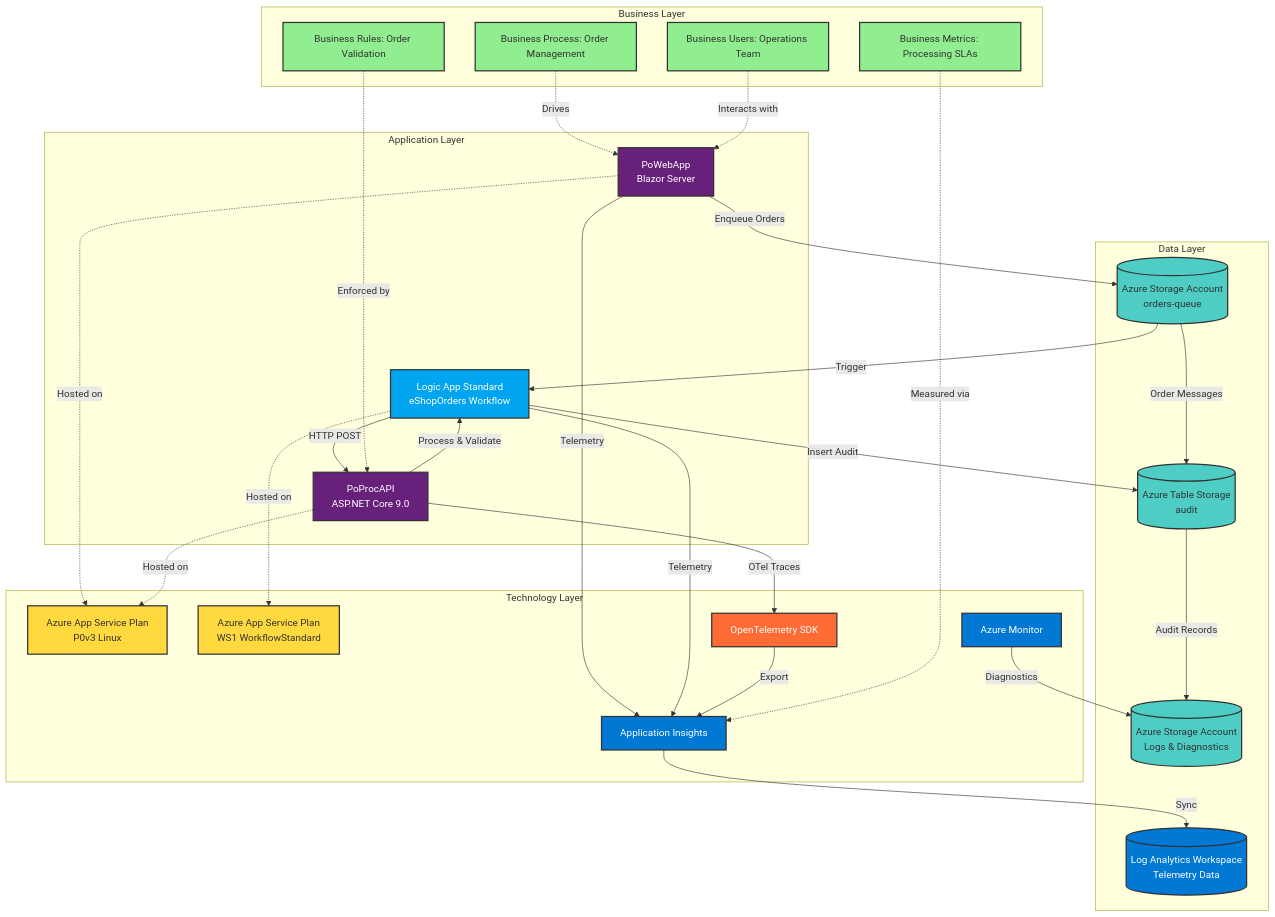
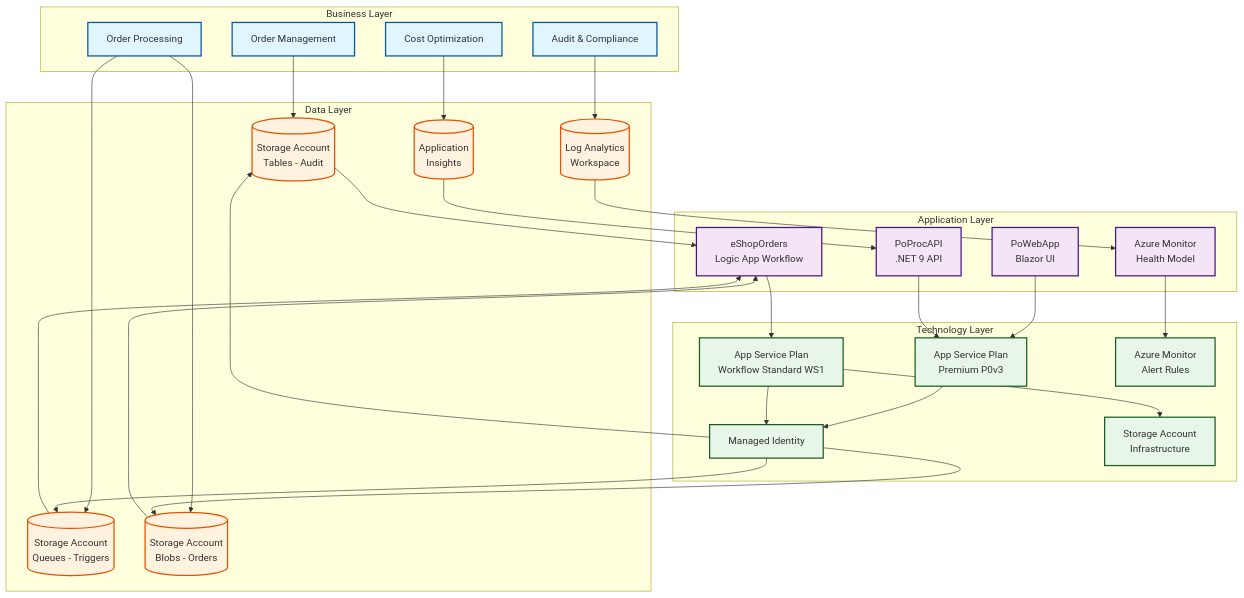
One commit to Evilazaro/Azure-LogicApps-Monitoring changed the first of 4 diagrams in README.md. Above: the diagram before and after it, drawn with Mermaid. The commit also changed other lines of this file, not shown here.

````diff
--- a/README.md
+++ b/README.md
@@ -138,76 +91,70 @@
 ```mermaid
 graph TB
     subgraph "Business Layer"
-        B1[Business Process: Order Management]
-        B2[Business Rules: Order Validation]
-        B3[Business Metrics: Processing SLAs]
-        B4[Business Users: Operations Team]
+        B1[Order Management]
+        B2[Order Processing]
+        B3[Audit & Compliance]
+        B4[Cost Optimization]
     end
-    
+
     subgraph "Data Layer"
-        D1[(Azure Storage Account<br/>orders-queue)]
-        D2[(Azure Table Storage<br/>audit)]
-        D3[(Azure Storage Account<br/>Logs & Diagnostics)]
-        D4[(Log Analytics Workspace<br/>Telemetry Data)]
-        
-        D1 -->|Order Messages| D2
-        D2 -->|Audit Records| D3
+        D1[(Storage Account<br/>Tables - Audit)]
+        D2[(Storage Account<br/>Queues - Triggers)]
+        D3[(Storage Account<br/>Blobs - Orders)]
+        D4[(Log Analytics<br/>Workspace)]
+        D5[(Application<br/>Insights)]
     end
-    
+
     subgraph "Application Layer"
-        A1[PoWebApp<br/>Blazor Server]
-        A2[Logic App Standard<br/>eShopOrders Workflow]
-        A3[PoProcAPI<br/>ASP.NET Core 9.0]
-        
-        A1 -->|Enqueue Orders| D1
-        D1 -->|Trigger| A2
-        A2 -->|HTTP POST| A3
-        A3 -->|Process & Validate| A2
-        A2 -->|Insert Audit| D2
+        A1[PoWebApp<br/>Blazor UI]
+        A2[PoProcAPI<br/>.NET 9 API]
+        A3[eShopOrders<br/>Logic App Workflow]
+        A4[Azure Monitor<br/>Health Model]
     end
-    
+
     subgraph "Technology Layer"
-        T1[Azure App Service Plan<br/>P0v3 Linux]
-        T2[Azure App Service Plan<br/>WS1 WorkflowStandard]
-        T3[Application Insights]
-        T4[Azure Monitor]
-        T5[OpenTelemetry SDK]
-        
-        A1 -.->|Hosted on| T1
-        A3 -.->|Hosted on| T1
-        A2 -.->|Hosted on| T2
-        
-        A1 -->|Telemetry| T3
-        A2 -->|Telemetry| T3
-        A3 -->|OTel Traces| T5
-        T5 -->|Export| T3
-        T3 -->|Sync| D4
-        T4 -->|Diagnostics| D3
+        T1[App Service Plan<br/>Premium P0v3]
+        T2[App Service Plan<br/>Workflow Standard WS1]
+        T3[Managed Identity]
+        T4[Azure Monitor<br/>Alert Rules]
+        T5[Storage Account<br/>Infrastructure]
     end
-    
-    %% Business to Application
-    B1 -.->|Drives| A1
-    B2 -.->|Enforced by| A3
-    B3 -.->|Measured via| T3
-    B4 -.->|Interacts with| A1
-    
-    style B1 fill:#90EE90,stroke:#333,stroke-width:2px
-    style B2 fill:#90EE90,stroke:#333,stroke-width:2px
-    style B3 fill:#90EE90,stroke:#333,stroke-width:2px
-    style B4 fill:#90EE90,stroke:#333,stroke-width:2px
-    
-    style D1 fill:#4ECDC4,stroke:#333,stroke-width:2px
-    style D2 fill:#4ECDC4,stroke:#333,stroke-width:2px
-    style D3 fill:#4ECDC4,stroke:#333,stroke-width:2px
-    style D4 fill:#0078D4,stroke:#333,stroke-width:2px,color:#fff
-    
-    style A1 fill:#68217A,stroke:#333,stroke-width:2px,color:#fff
-    style A2 fill:#00A4EF,stroke:#333,stroke-width:2px,color:#fff
-    style A3 fill:#68217A,stroke:#333,stroke-width:2px,color:#fff
-    
-    style T1 fill:#FFD93D,stroke:#333,stroke-width:2px
-    style T2 fill:#FFD93D,stroke:#333,stroke-width:2px
-    style T3 fill:#0078D4,stroke:#333,stroke-width:2px,color:#fff
-    style T4 fill:#0078D4,stroke:#333,stroke-width:2px,color:#fff
-    style T5 fill:#FF6B35,stroke:#333,stroke-width:2px,color:#fff
+
+    %% Business to Data
+    B1 --> D1
+    B2 --> D2
+    B2 --> D3
+    B3 --> D4
+    B4 --> D5
+
+    %% Data to Application
+    D1 --> A3
+    D2 --> A3
+    D3 --> A3
+    D4 --> A4
+    D5 --> A2
+
+    %% Application to Technology
+    A1 --> T1
+    A2 --> T1
+    A3 --> T2
+    A4 --> T4
+
+    %% Technology Infrastructure
+    T1 --> T3
+    T2 --> T3
+    T2 --> T5
+    T3 --> D1
+    T3 --> D2
+    T3 --> D3
+
+    classDef businessClass fill:#e1f5ff,stroke:#01579b,stroke-width:2px
+    classDef dataClass fill:#fff3e0,stroke:#e65100,stroke-width:2px
+    classDef appClass fill:#f3e5f5,stroke:#4a148c,stroke-width:2px
+    classDef techClass fill:#e8f5e9,stroke:#1b5e20,stroke-width:2px
+
+    class B1,B2,B3,B4 businessClass
+    class D1,D2,D3,D4,D5 dataClass
+    class A1,A2,A3,A4 appClass
+    class T1,T2,T3,T4,T5 techClass
 ```
````
